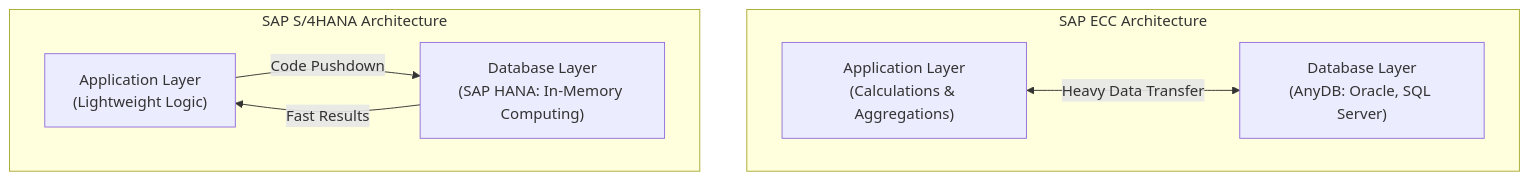
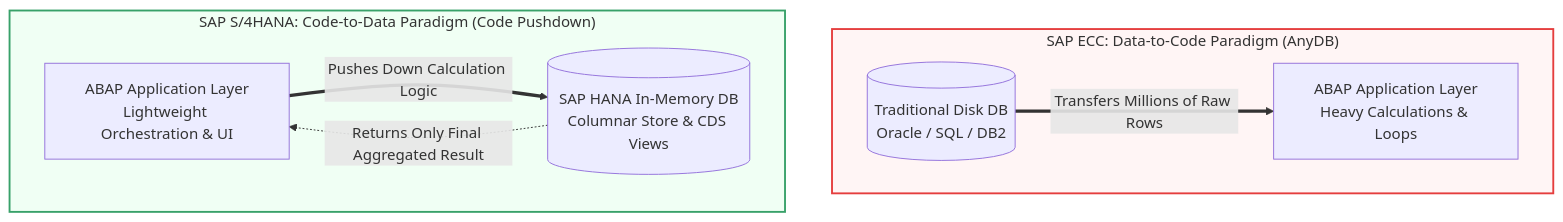
Before and after one commit to islamnassar13/S4HANA-FICO-End2End-Implementation-Hub: the first of 12 diagrams in s4hana-evolution-and-architecture.md, drawn with Mermaid. The commit also changed other lines of this file, not shown here.

````diff
--- a/s4hana-evolution-and-architecture.md
+++ b/s4hana-evolution-and-architecture.md
@@ -49,15 +64,18 @@
 ```mermaid
 graph TD
-    subgraph ECC ["SAP ECC Architecture"]
-        APP1["Application Layer<br>(Calculations & Aggregations)"]
-        DB1["Database Layer<br>(AnyDB: Oracle, SQL Server)"]
-        APP1 <-->|Heavy Data Transfer| DB1
+    subgraph ECC ["SAP ECC: Data-to-Code Paradigm (AnyDB)"]
+        APP1["ABAP Application Layer<br>Heavy Calculations & Loops"]
+        DB1[("Traditional Disk DB<br>Oracle / SQL / DB2")]
+        DB1 ==>|"Transfers Millions of Raw Rows"| APP1
     end
 
-    subgraph S4 ["SAP S/4HANA Architecture"]
-        APP2["Application Layer<br>(Lightweight Logic)"]
-        DB2["Database Layer<br>(SAP HANA: In-Memory Computing)"]
-        APP2 -->|Code Pushdown| DB2
-        DB2 -->|Fast Results| APP2
+    subgraph S4 ["SAP S/4HANA: Code-to-Data Paradigm (Code Pushdown)"]
+        APP2["ABAP Application Layer<br>Lightweight Orchestration & UI"]
+        DB2[("SAP HANA In-Memory DB<br>Columnar Store & CDS Views")]
+        APP2 ==>|"Pushes Down Calculation Logic"| DB2
+        DB2 -.->|"Returns Only Final Aggregated Result"| APP2
     end
+
+    style ECC fill:#fff5f5,stroke:#e53e3e,stroke-width:2px
+    style S4 fill:#f0fff4,stroke:#38a169,stroke-width:2px
 ```
````
